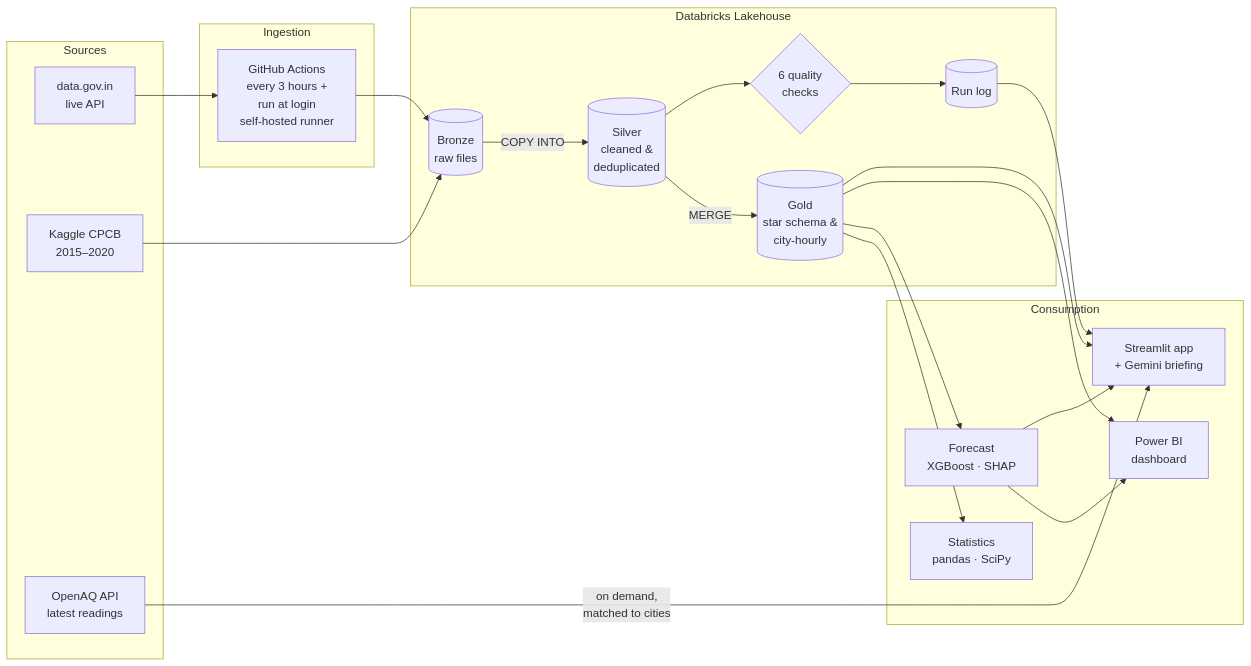
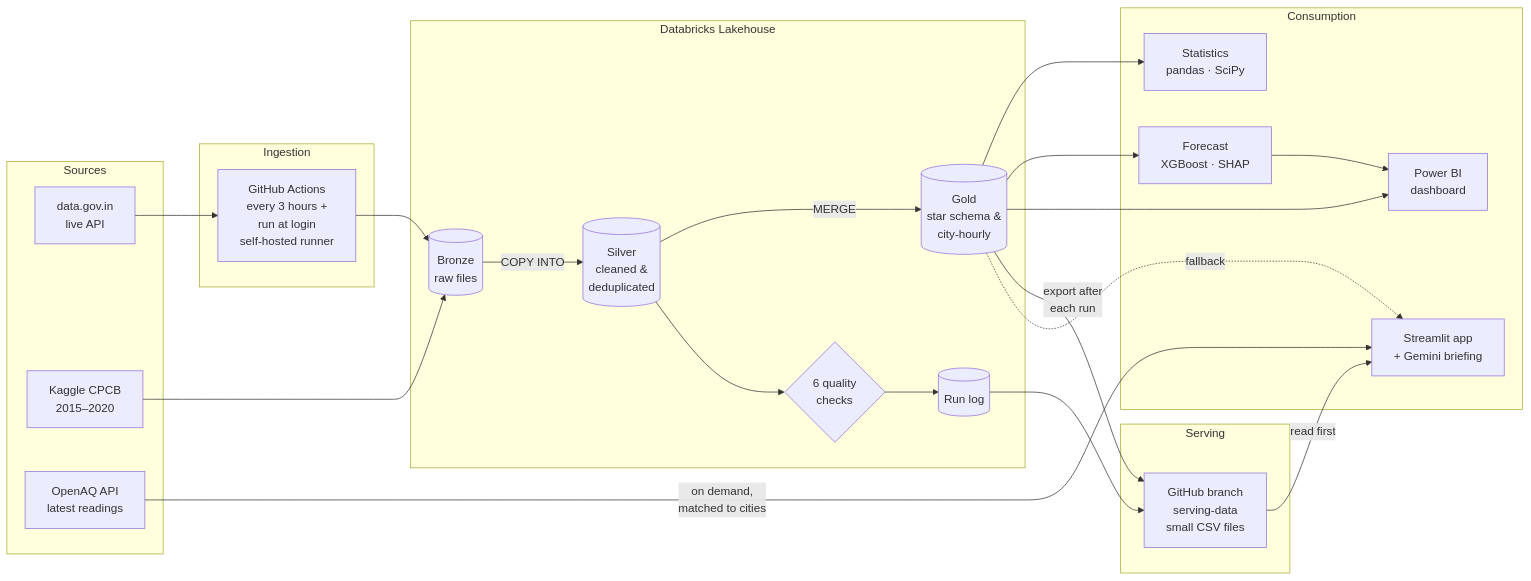
Before and after one commit to Janvi-Sanghavi/aqi-india-data-platform: the diagram in readme.md, drawn with Mermaid. The commit also changed other lines of this file, not shown here.

First line of the commit message:
Enhance README with serving layer and GitHub details

````diff
--- a/readme.md
+++ b/readme.md
@@ -65,41 +65,46 @@
 ```mermaid
 flowchart LR
     subgraph Sources
         A[data.gov.in<br/>live API]
         K[Kaggle CPCB<br/>2015–2020]
         O[OpenAQ API<br/>latest readings]
     end
 
     subgraph Ingestion
         B[GitHub Actions<br/>every 3 hours +<br/>run at login<br/>self-hosted runner]
     end
 
     subgraph Databricks Lakehouse
         C[(Bronze<br/>raw files)]
         D[(Silver<br/>cleaned &<br/>deduplicated)]
         E[(Gold<br/>star schema &<br/>city-hourly)]
         Q{6 quality<br/>checks}
         L[(Run log)]
     end
 
+    subgraph Serving
+        G[GitHub branch<br/>serving-data<br/>small CSV files]
+    end
+
     subgraph Consumption
         S[Statistics<br/>pandas · SciPy]
         M[Forecast<br/>XGBoost · SHAP]
         P[Power BI<br/>dashboard]
         W[Streamlit app<br/>+ Gemini briefing]
     end
 
     A --> B --> C
     K --> C
     C -->|COPY INTO| D
     D -->|MERGE| E
     D --> Q --> L
     E --> S
     E --> M
     E --> P
-    E --> W
+    E -->|export after<br/>each run| G
+    L --> G
     M --> P
-    M --> W
-    L --> W
+    G -->|read first| W
+    E -.->|fallback| W
     O -->|on demand,<br/>matched to cities| W
 ```
````
